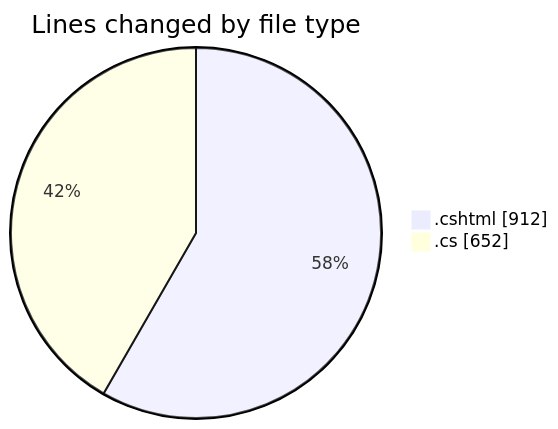
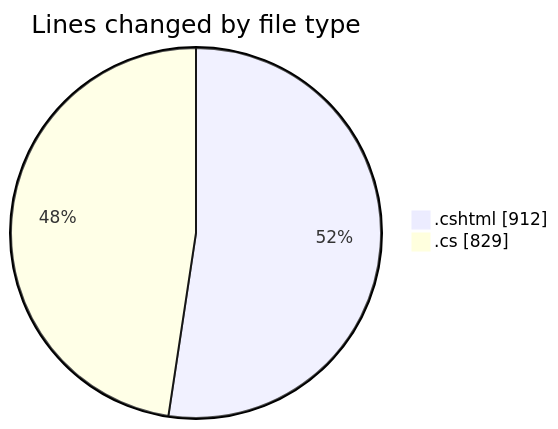
One commit to lephambinh05/code-tracking changed the first of 2 diagrams in 2025-07-17/nhahang/README.md. Above: the diagram before and after it, drawn with Mermaid. The commit also changed other lines of this file and 1 other file, not shown here.

````diff
--- a/2025-07-17/nhahang/README.md
+++ b/2025-07-17/nhahang/README.md
@@ -48,6 +48,6 @@
 ```mermaid
 pie showData
 title Lines changed by file type
 ".cshtml" : 912
-".cs" : 652
+".cs" : 829
 ```
````
